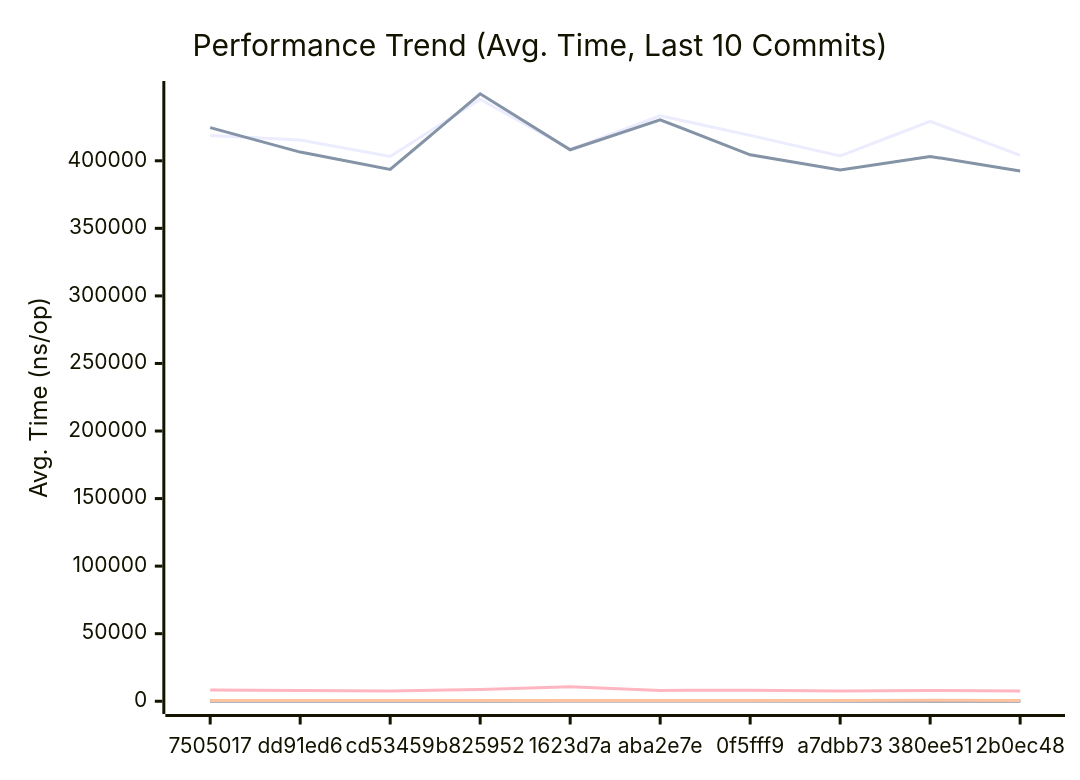
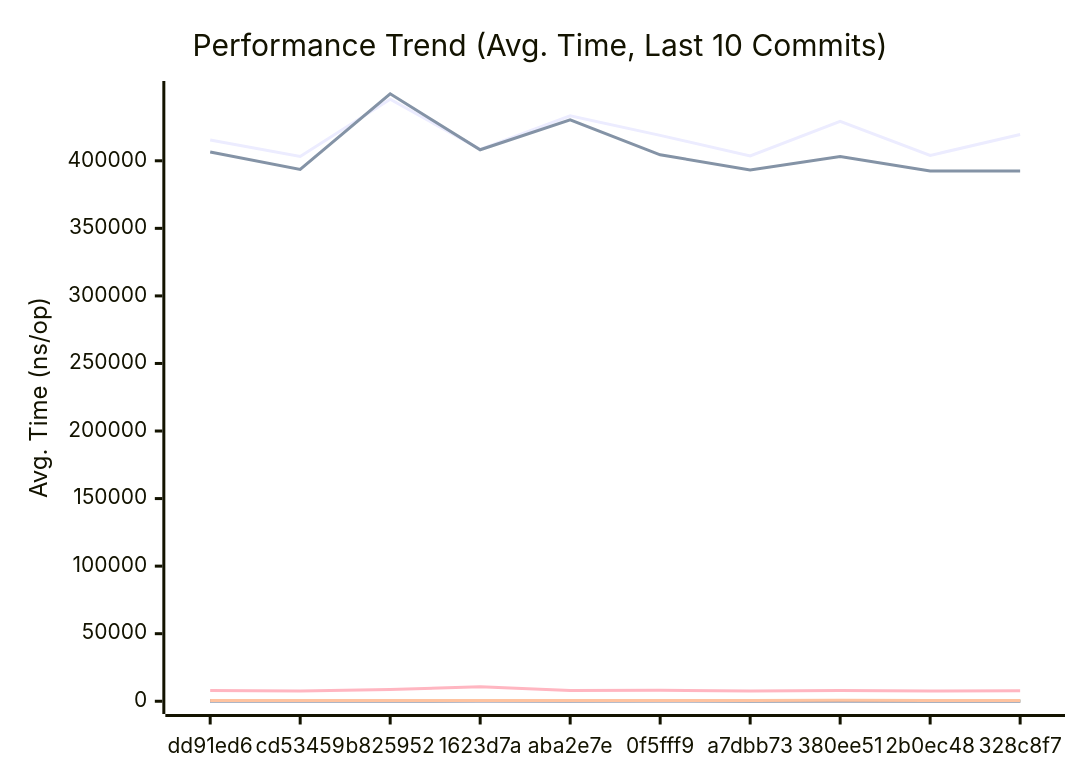
The first of 3 diagrams in docs/PERFORMANCE.md (alsotoes/momo), drawn with Mermaid before and after one commit. The commit also changed other lines of this file and 3 other files, not shown here.

````diff
--- a/docs/PERFORMANCE.md
+++ b/docs/PERFORMANCE.md
@@ -145,20 +145,20 @@
 ```mermaid
 xychart-beta
     title "Performance Trend (Avg. Time, Last 10 Commits)"
     x-axis "Commit"
     y-axis "Avg. Time (ns/op)"
-    x-axis [7505017,dd91ed6,cd53459,b825952,1623d7a,aba2e7e,0f5fff9,a7dbb73,380ee51,2b0ec48]
-    line "AWSChunkedReaderSigned" [418649,415373,403249,445617,408424,433346,418811,403588,429229,403967]
-    line "AWSChunkedReaderUnsigned" [424530,406436,393596,449617,408148,430389,404420,393243,403247,392414]
-    line "CheckMetricsAndSwap" [8,7,8,8,9,8,8,7,9,7]
-    line "CrushOptimized" [309,294,287,358,356,303,301,284,301,316]
-    line "CrushOriginal" [422,407,389,441,568,411,382,396,423,386]
+    x-axis [dd91ed6,cd53459,b825952,1623d7a,aba2e7e,0f5fff9,a7dbb73,380ee51,2b0ec48,328c8f7]
+    line "AWSChunkedReaderSigned" [415373,403249,445617,408424,433346,418811,403588,429229,403967,419399]
+    line "AWSChunkedReaderUnsigned" [406436,393596,449617,408148,430389,404420,393243,403247,392414,392490]
+    line "CheckMetricsAndSwap" [7,8,8,9,8,8,7,9,7,7]
+    line "CrushOptimized" [294,287,358,356,303,301,284,301,316,290]
+    line "CrushOriginal" [407,389,441,568,411,382,396,423,386,392]
     line "IndexDirectTracking" [0,0,0,0,0,0,0,0,0,0]
-    line "IndexSearch" [2,2,1,1,2,2,2,3,3,3]
-    line "LoadGlobalConfig" [8319,7911,7590,8718,10767,8040,8190,7563,7976,7514]
-    line "PadString" [40,39,36,44,55,40,53,37,39,38]
+    line "IndexSearch" [2,1,1,2,2,2,3,3,3,3]
+    line "LoadGlobalConfig" [7911,7590,8718,10767,8040,8190,7563,7976,7514,7727]
+    line "PadString" [39,36,44,55,40,53,37,39,38,39]
     line "ParseReplicationOrder_NoPrealloc" [350,349,357,354,345,225,229,165,232,234]
     line "ParseReplicationOrder_Prealloc" [229,231,237,234,229,108,107,80,110,109]
-    line "SanitizeLog/Safe" [416,401,396,419,499,416,418,222,229,221]
-    line "SanitizeLog/Unsafe" [506,541,482,602,485,511,532,643,668,634]
+    line "SanitizeLog/Safe" [401,396,419,499,416,418,222,229,221,212]
+    line "SanitizeLog/Unsafe" [541,482,602,485,511,532,643,668,634,643]
 ```
````
